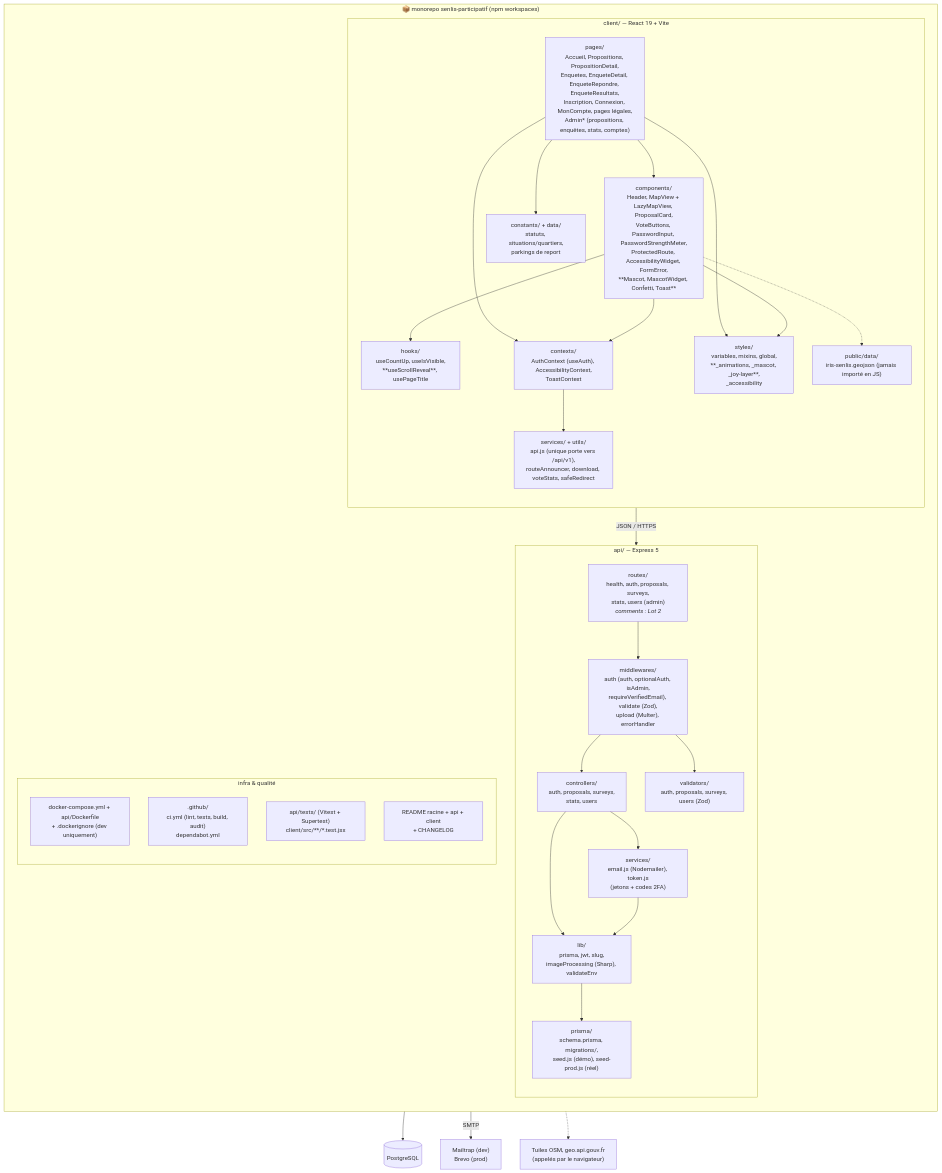
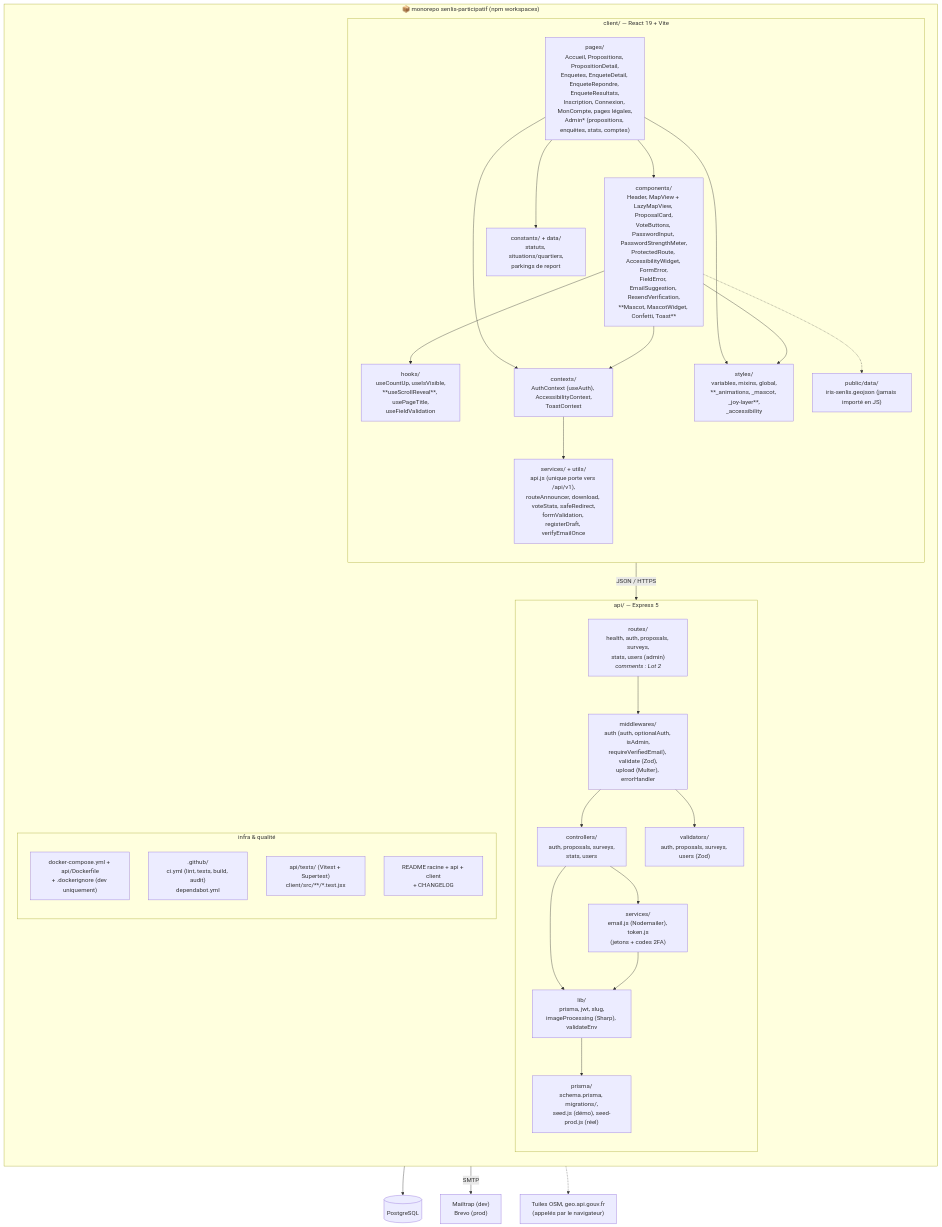
The diagram in 13-diagramme-package.md (Nathalie-Leduc/Senlis-Participatif-docs), drawn with Mermaid before and after one commit. The commit also changed 2 other files, not shown here.

Commit message:
docs: S5R-02 — packages (13), kanban (16)

````diff
--- a/13-diagramme-package.md
+++ b/13-diagramme-package.md
@@ -7,58 +7,58 @@
 ```mermaid
 flowchart TB
     subgraph REPO ["📦 monorepo senlis-participatif (npm workspaces)"]
         direction TB
 
         subgraph CLIENT ["client/ — React 19 + Vite"]
             direction TB
             PAGES["pages/<br/>Accueil, Propositions, PropositionDetail,<br/>Enquetes, EnqueteDetail, EnqueteRepondre, EnqueteResultats,<br/>Inscription, Connexion, MonCompte, pages légales,<br/>Admin* (propositions, enquêtes, stats, comptes)"]
-            COMP["components/<br/>Header, MapView + LazyMapView, ProposalCard,<br/>VoteButtons, PasswordInput, PasswordStrengthMeter,<br/>ProtectedRoute, AccessibilityWidget, FormError,<br/>**Mascot, MascotWidget, Confetti, Toast**"]
+            COMP["components/<br/>Header, MapView + LazyMapView, ProposalCard,<br/>VoteButtons, PasswordInput, PasswordStrengthMeter,<br/>ProtectedRoute, AccessibilityWidget, FormError,<br/>FieldError, EmailSuggestion, ResendVerification,<br/>**Mascot, MascotWidget, Confetti, Toast**"]
             CTX["contexts/<br/>AuthContext (useAuth), AccessibilityContext,<br/>ToastContext"]
-            HOOKS["hooks/<br/>useCountUp, useIsVisible,<br/>**useScrollReveal**, usePageTitle"]
+            HOOKS["hooks/<br/>useCountUp, useIsVisible,<br/>**useScrollReveal**, usePageTitle,<br/>useFieldValidation"]
             CONST["constants/ + data/<br/>statuts, situations/quartiers,<br/>parkings de report"]
-            SRV_C["services/ + utils/<br/>api.js (unique porte vers /api/v1),<br/>routeAnnouncer, download, voteStats, safeRedirect"]
+            SRV_C["services/ + utils/<br/>api.js (unique porte vers /api/v1),<br/>routeAnnouncer, download, voteStats, safeRedirect,<br/>formValidation, registerDraft, verifyEmailOnce"]
             STYLES["styles/<br/>variables, mixins, global,<br/>**_animations, _mascot, _joy-layer**,<br/>_accessibility"]
             PUB["public/data/<br/>iris-senlis.geojson (jamais importé en JS)"]
             PAGES --> COMP --> HOOKS
             PAGES --> CTX --> SRV_C
             COMP --> CTX
             PAGES --> CONST
             PAGES --> STYLES
             COMP --> STYLES
             COMP -.-> PUB
         end
 
         subgraph API ["api/ — Express 5"]
             direction TB
             ROUTES["routes/<br/>health, auth, proposals, surveys,<br/>stats, users (admin)<br/><i>comments : Lot 2</i>"]
             MIDDLE["middlewares/<br/>auth (auth, optionalAuth, isAdmin,<br/>requireVerifiedEmail), validate (Zod),<br/>upload (Multer), errorHandler"]
             CTRL["controllers/<br/>auth, proposals, surveys,<br/>stats, users"]
             SRV_A["services/<br/>email.js (Nodemailer), token.js<br/>(jetons + codes 2FA)"]
             LIB["lib/<br/>prisma, jwt, slug,<br/>imageProcessing (Sharp), validateEnv"]
             VALID["validators/<br/>auth, proposals, surveys, users (Zod)"]
             PRISMA["prisma/<br/>schema.prisma, migrations/,<br/>seed.js (démo), seed-prod.js (réel)"]
             ROUTES --> MIDDLE --> CTRL --> SRV_A
             MIDDLE --> VALID
             CTRL --> LIB
             SRV_A --> LIB
             LIB --> PRISMA
         end
 
         subgraph INFRA ["infra & qualité"]
             direction TB
             DOCKER["docker-compose.yml + api/Dockerfile<br/>+ .dockerignore (dev uniquement)"]
             CI[".github/<br/>ci.yml (lint, tests, build, audit)<br/>dependabot.yml"]
             TESTS["api/tests/ (Vitest + Supertest)<br/>client/src/**/*.test.jsx"]
             DOCS["README racine + api + client<br/>+ CHANGELOG"]
         end
     end
 
     DB[("PostgreSQL")]
     EXT1["Mailtrap (dev)<br/>Brevo (prod)"]
     EXT2["Tuiles OSM, geo.api.gouv.fr<br/>(appelés par le navigateur)"]
 
     SRV_C -- "JSON / HTTPS" --> ROUTES
     PRISMA --> DB
     SRV_A -- "SMTP" --> EXT1
     COMP -.-> EXT2
 ```
````
